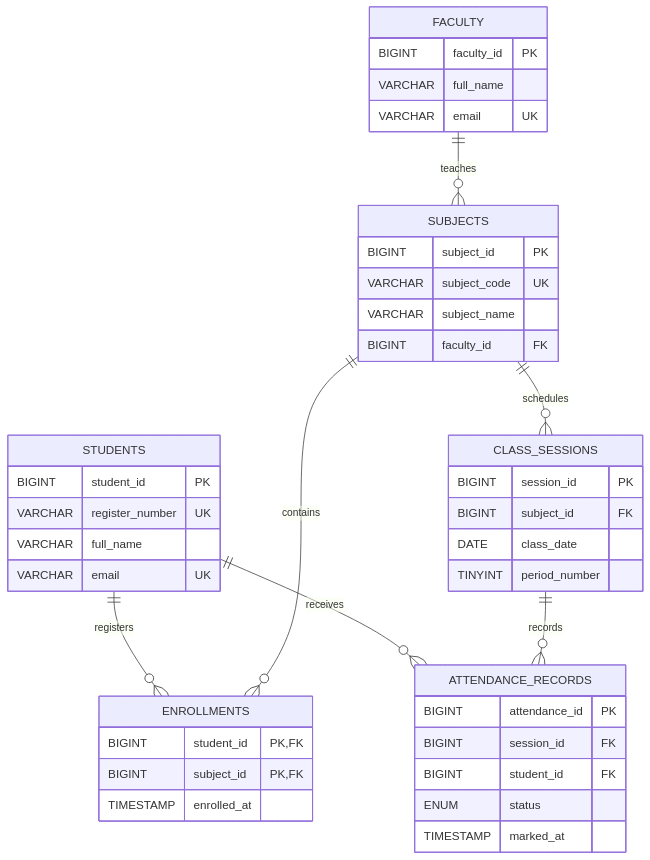
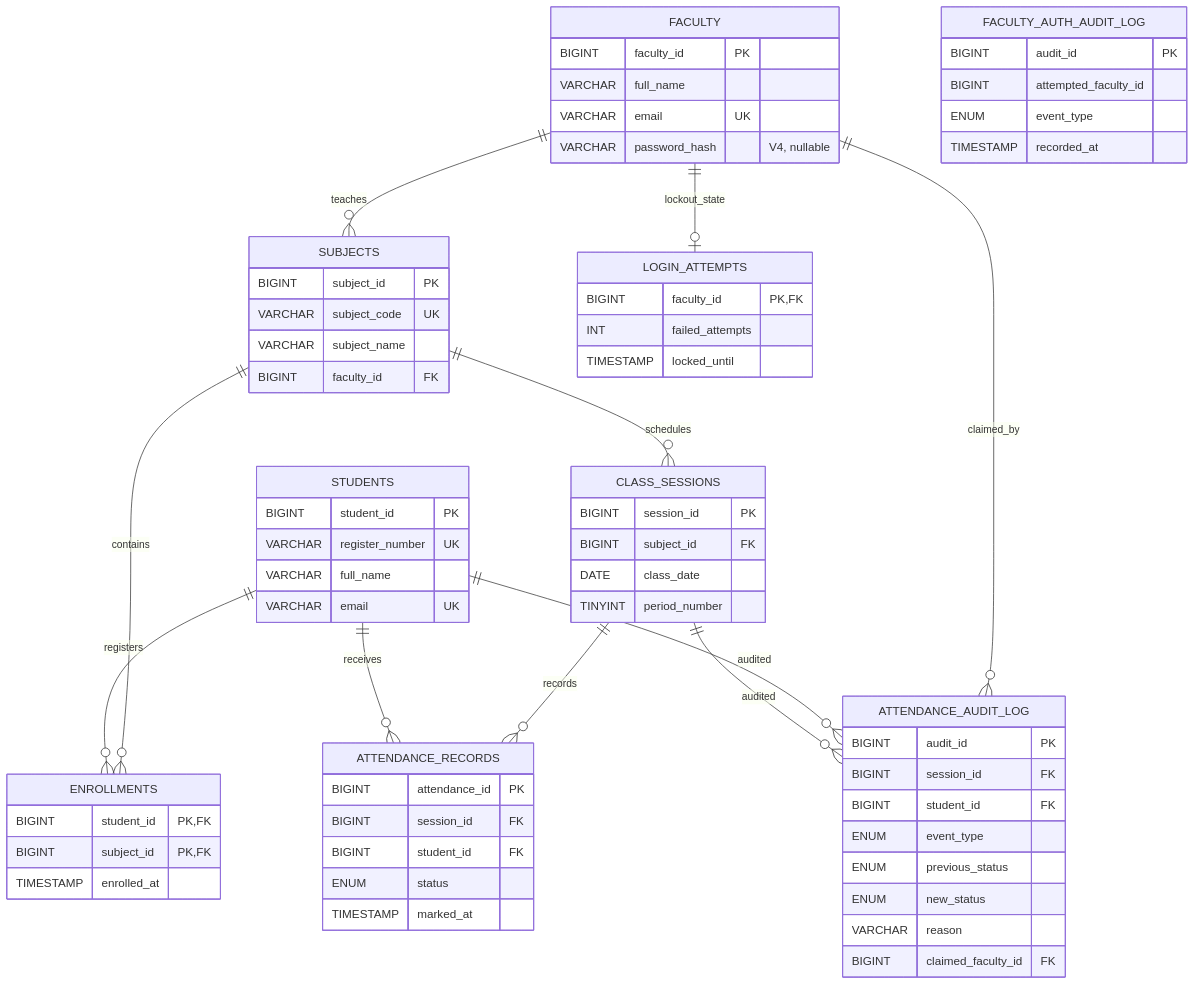
The sixth of 6 diagrams in README.md (vishweshwaranbalasundaram/Attend-IQ), drawn with Mermaid before and after one commit. The commit also changed other lines of this file and 9 other files, not shown here.

Commit message:
docs: update Attend-IQ setup and architecture

````diff
--- a/README.md
+++ b/README.md
@@ -141,44 +286,71 @@
 ```mermaid
 erDiagram
     FACULTY ||--o{ SUBJECTS : teaches
     STUDENTS ||--o{ ENROLLMENTS : registers
     SUBJECTS ||--o{ ENROLLMENTS : contains
     SUBJECTS ||--o{ CLASS_SESSIONS : schedules
     STUDENTS ||--o{ ATTENDANCE_RECORDS : receives
     CLASS_SESSIONS ||--o{ ATTENDANCE_RECORDS : records
+    CLASS_SESSIONS ||--o{ ATTENDANCE_AUDIT_LOG : audited
+    STUDENTS ||--o{ ATTENDANCE_AUDIT_LOG : audited
+    FACULTY ||--o{ ATTENDANCE_AUDIT_LOG : claimed_by
+    FACULTY ||--o| LOGIN_ATTEMPTS : lockout_state
+
     FACULTY {
         BIGINT faculty_id PK
         VARCHAR full_name
         VARCHAR email UK
+        VARCHAR password_hash "V4, nullable"
     }
     SUBJECTS {
         BIGINT subject_id PK
         VARCHAR subject_code UK
         VARCHAR subject_name
         BIGINT faculty_id FK
     }
     STUDENTS {
         BIGINT student_id PK
         VARCHAR register_number UK
         VARCHAR full_name
         VARCHAR email UK
     }
     ENROLLMENTS {
         BIGINT student_id PK,FK
         BIGINT subject_id PK,FK
         TIMESTAMP enrolled_at
     }
     CLASS_SESSIONS {
         BIGINT session_id PK
         BIGINT subject_id FK
         DATE class_date
         TINYINT period_number
     }
     ATTENDANCE_RECORDS {
         BIGINT attendance_id PK
         BIGINT session_id FK
         BIGINT student_id FK
         ENUM status
         TIMESTAMP marked_at
     }
+    ATTENDANCE_AUDIT_LOG {
+        BIGINT audit_id PK
+        BIGINT session_id FK
+        BIGINT student_id FK
+        ENUM event_type
+        ENUM previous_status
+        ENUM new_status
+        VARCHAR reason
+        BIGINT claimed_faculty_id FK
+    }
+    LOGIN_ATTEMPTS {
+        BIGINT faculty_id PK,FK
+        INT failed_attempts
+        TIMESTAMP locked_until
+    }
+    FACULTY_AUTH_AUDIT_LOG {
+        BIGINT audit_id PK
+        BIGINT attempted_faculty_id
+        ENUM event_type
+        TIMESTAMP recorded_at
+    }
 ```
````
